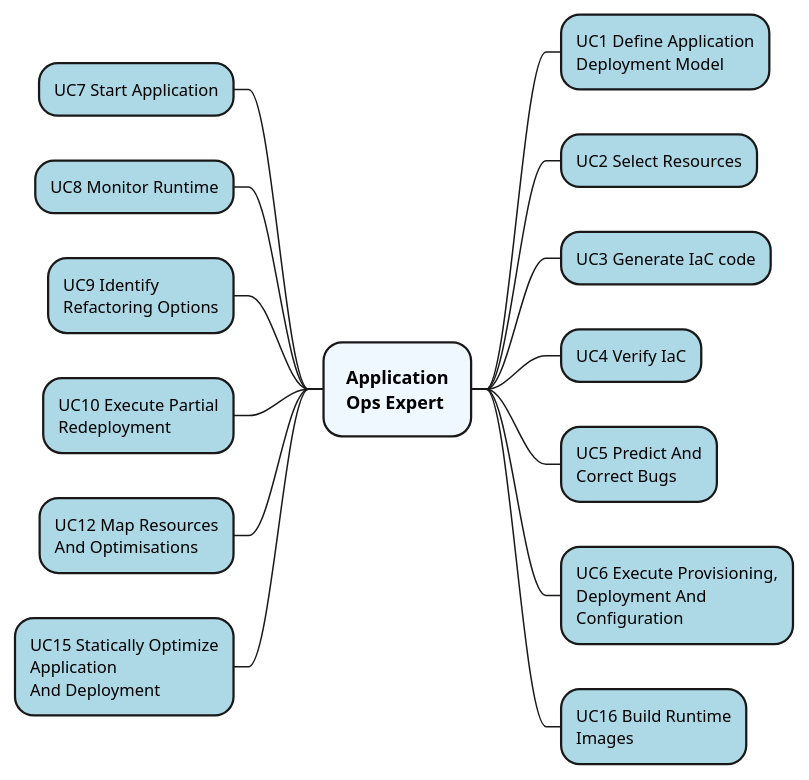
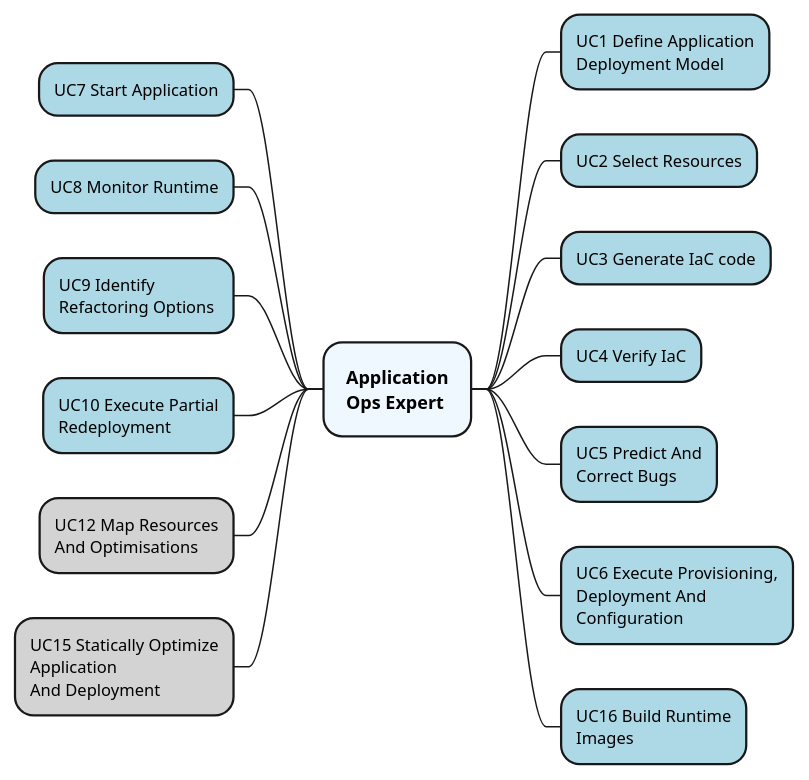
The diagram in uml/mind-maps/EAB/MM-AppOpsExpert.puml (SODALITE-EU/project-wide-documentation), drawn with PlantUML before and after one commit. The commit also changed 1 other file, not shown here.

```diff
--- a/uml/mind-maps/EAB/MM-AppOpsExpert.puml
+++ b/uml/mind-maps/EAB/MM-AppOpsExpert.puml
@@ -1,42 +1,47 @@
 @startmindmap AppOpsExpertUCs
 
 <style>
 mindmapDiagram {
   node {
     Padding 15
     Margin 15
     BackGroundColor LightBlue
   }
   rootNode {
     Padding 15
 	Margin 15
     BackGroundColor AliceBlue
 	FontSize 12
   }
   leafNode {
     Padding 10
     BackGroundColor LightBlue
     FontColor Black
     FontSize 11
   }
 }
 </style>
 
 * <b>Application</b>\n<b>Ops Expert</b>
 ** UC1 Define Application\nDeployment Model
 ** UC2 Select Resources
 ** UC3 Generate IaC code
 ** UC4 Verify IaC
 ** UC5 Predict And\nCorrect Bugs
 ** UC6 Execute Provisioning,\nDeployment And\nConfiguration
 ** UC16 Build Runtime\nImages
 left side
 ** UC7 Start Application
 ** UC8 Monitor Runtime
-** UC9 Identify\nRefactoring Options
+** UC9 Identify\nRefactoring Options 
 ** UC10 Execute Partial\nRedeployment
+<style>
+  node {
+	BackGroundColor LightGrey
+  }
+</style>
 ** UC12 Map Resources\nAnd Optimisations
 ** UC15 Statically Optimize\nApplication\nAnd Deployment
 
 
 @endmindmap
```
